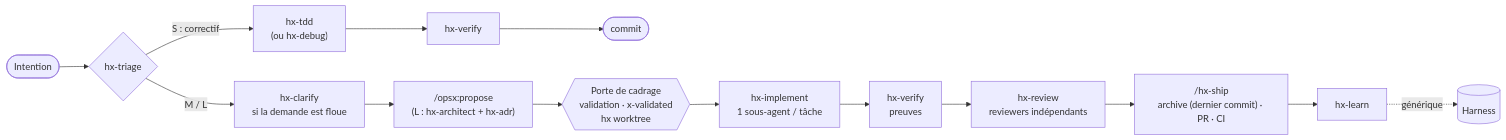
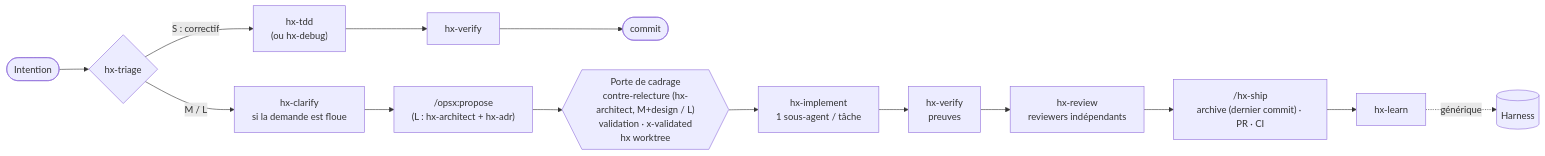
One commit to PatayEnCroute/Harness changed the third of 4 diagrams in docs/PLAN.md. Above: the diagram before and after it, drawn with Mermaid. The commit also changed other lines of this file and 7 other files, not shown here.

First line of the commit message:
hx-triage : contre-relecture du cadrage par hx-architect avant la porte

````diff
--- a/docs/PLAN.md
+++ b/docs/PLAN.md
@@ -186,14 +186,14 @@
 ```mermaid
 flowchart LR
   I([Intention]) --> T{hx-triage}
   T -->|S : correctif| TDD["hx-tdd<br/>(ou hx-debug)"]
   TDD --> VS[hx-verify] --> CM([commit])
   T -->|M / L| C["hx-clarify<br/>si la demande est floue"] --> P["/opsx:propose<br/>(L : hx-architect + hx-adr)"]
-  P --> G{{"Porte de cadrage<br/>validation · x-validated<br/>hx worktree"}}
+  P --> G{{"Porte de cadrage<br/>contre-relecture (hx-architect, M+design / L)<br/>validation · x-validated<br/>hx worktree"}}
   G --> IM["hx-implement<br/>1 sous-agent / tâche"]
   IM --> V["hx-verify<br/>preuves"]
   V --> RV["hx-review<br/>reviewers indépendants"]
   RV --> SH["/hx-ship<br/>archive (dernier commit) · PR · CI"]
   SH --> L[hx-learn]
   L -.->|générique| HX[(Harness)]
 ```
````
